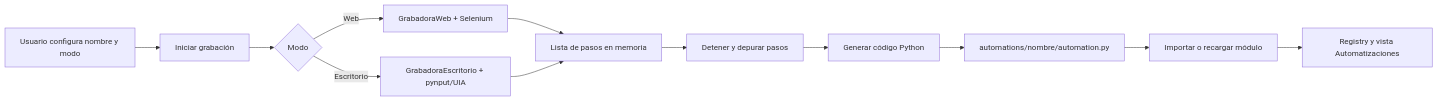
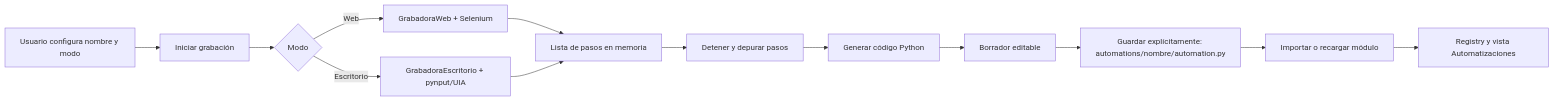
The first of 2 diagrams in docs/logica-grabadora.md (oft24/LAAutomate), drawn with Mermaid before and after one commit. The commit also changed other lines of this file and 69 other files, not shown here.

````diff
--- a/docs/logica-grabadora.md
+++ b/docs/logica-grabadora.md
@@ -51,14 +51,15 @@
 ```mermaid
 flowchart LR
     U[Usuario configura nombre y modo] --> I[Iniciar grabación]
     I --> W{Modo}
     W -->|Web| GW[GrabadoraWeb + Selenium]
     W -->|Escritorio| GE[GrabadoraEscritorio + pynput/UIA]
     GW --> P[Lista de pasos en memoria]
     GE --> P
     P --> D[Detener y depurar pasos]
     D --> G[Generar código Python]
-    G --> A[automations/nombre/automation.py]
+    G --> B[Borrador editable]
+    B --> A[Guardar explícitamente: automations/nombre/automation.py]
     A --> R[Importar o recargar módulo]
     R --> V[Registry y vista Automatizaciones]
 ```
````
